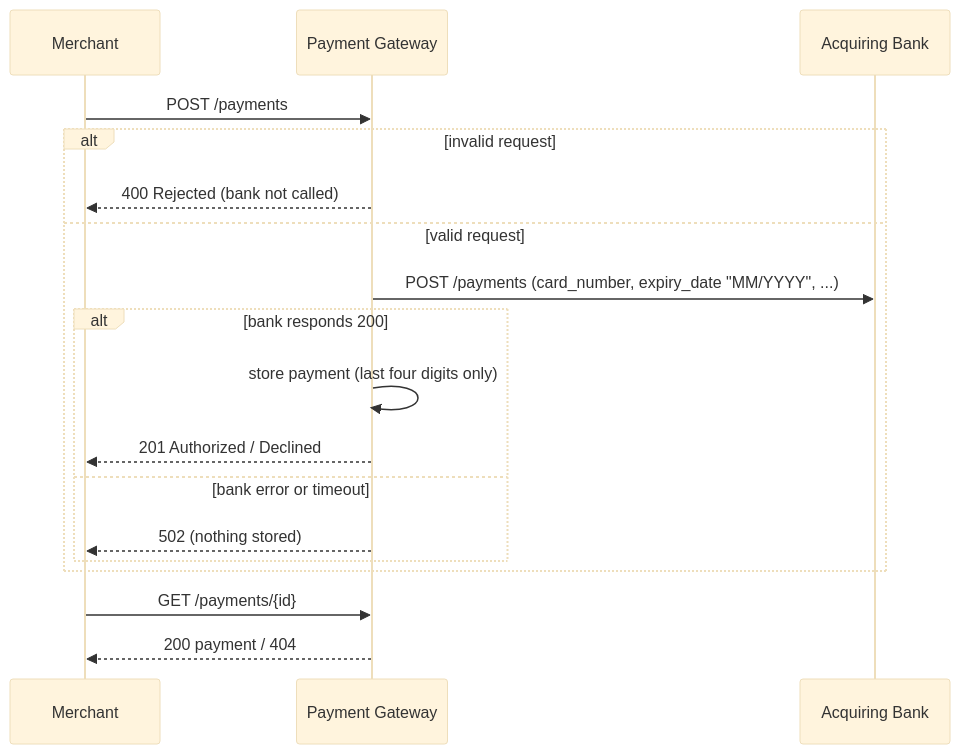
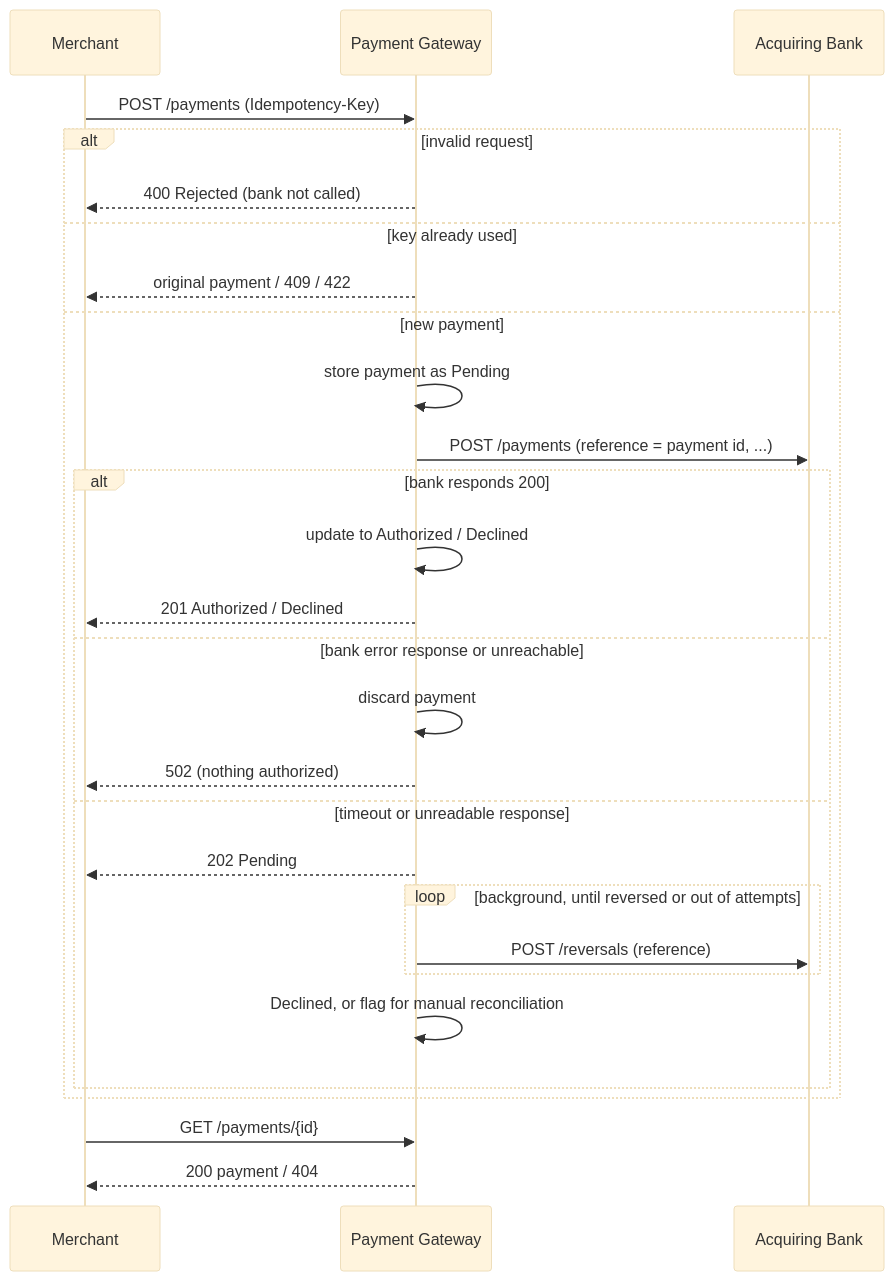
The diagram in README.md (MGhee/payment-gateway-challenge-java), drawn with Mermaid (base theme) before and after one commit. The commit also changed other lines of this file, not shown here.

Commit message:
docs: document idempotency keys, Pending payments and reversals

````diff
--- a/README.md
+++ b/README.md
@@ -106,20 +122,30 @@
 ```mermaid
 sequenceDiagram
     participant M as Merchant
     participant G as Payment Gateway
     participant B as Acquiring Bank
-    M->>G: POST /payments
+    M->>G: POST /payments (Idempotency-Key)
     alt invalid request
         G-->>M: 400 Rejected (bank not called)
-    else valid request
-        G->>B: POST /payments (card_number, expiry_date "MM/YYYY", ...)
+    else key already used
+        G-->>M: original payment / 409 / 422
+    else new payment
+        G->>G: store payment as Pending
+        G->>B: POST /payments (reference = payment id, ...)
         alt bank responds 200
-            G->>G: store payment (last four digits only)
+            G->>G: update to Authorized / Declined
             G-->>M: 201 Authorized / Declined
-        else bank error or timeout
-            G-->>M: 502 (nothing stored)
+        else bank error response or unreachable
+            G->>G: discard payment
+            G-->>M: 502 (nothing authorized)
+        else timeout or unreadable response
+            G-->>M: 202 Pending
+            loop background, until reversed or out of attempts
+                G->>B: POST /reversals (reference)
+            end
+            G->>G: Declined, or flag for manual reconciliation
         end
     end
     M->>G: GET /payments/{id}
     G-->>M: 200 payment / 404
 ```
````
